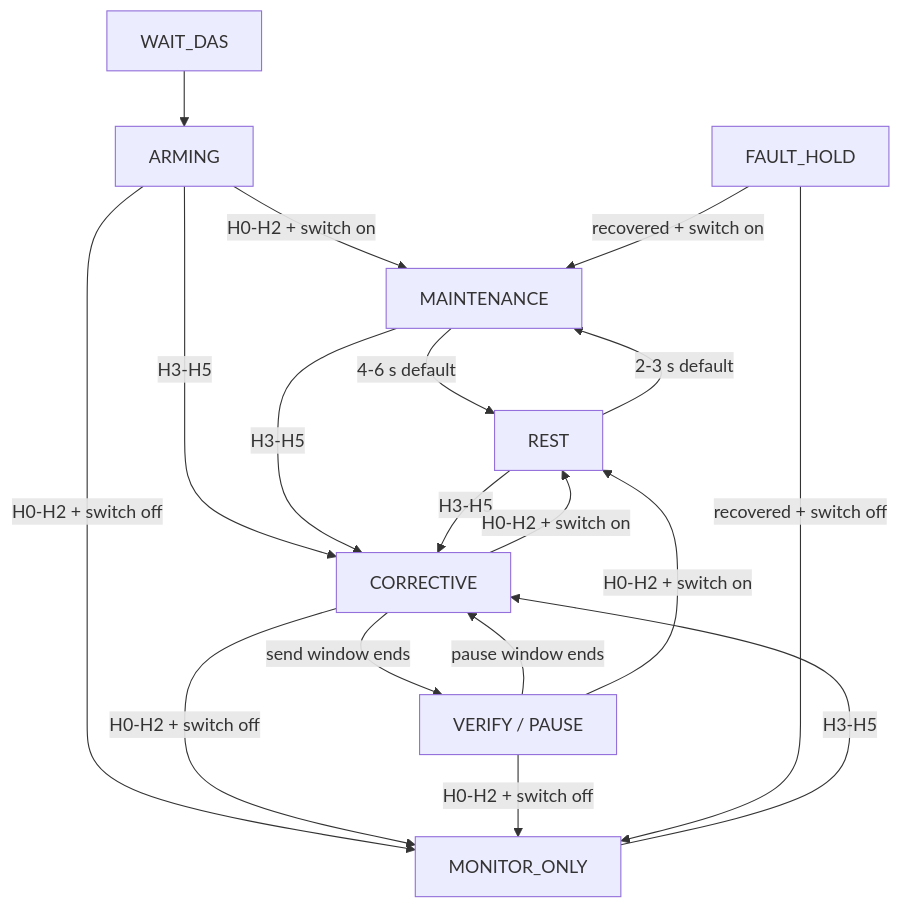
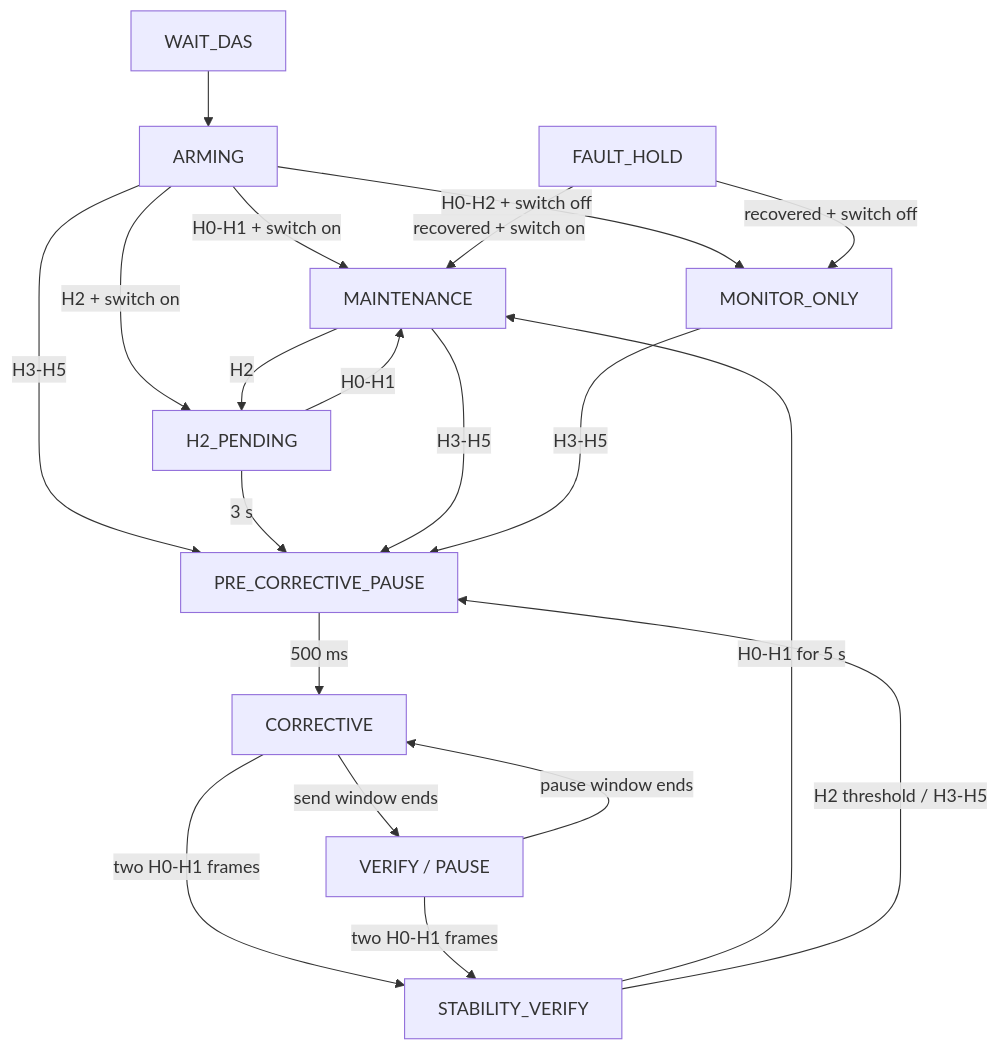
One commit to 204442021/WiFi-NAG changed the diagram in docs/nag-adaptive-closed-loop.md. Above: the diagram before and after it, drawn with Mermaid. The commit also changed other lines of this file and 20 other files, not shown here.

````diff
--- a/docs/nag-adaptive-closed-loop.md
+++ b/docs/nag-adaptive-closed-loop.md
@@ -34,20 +34,22 @@
 ```mermaid
 flowchart TB
     W[WAIT_DAS] --> A[ARMING]
-    A -->|H0-H2 + switch on| M[MAINTENANCE]
+    A -->|H0-H1 + switch on| M[MAINTENANCE]
+    A -->|H2 + switch on| H[H2_PENDING]
     A -->|H0-H2 + switch off| O[MONITOR_ONLY]
-    A -->|H3-H5| C[CORRECTIVE]
-    M -->|4-6 s default| R[REST]
-    R -->|2-3 s default| M
-    M -->|H3-H5| C
-    R -->|H3-H5| C
-    O -->|H3-H5| C
+    A -->|H3-H5| Q[PRE_CORRECTIVE_PAUSE]
+    M -->|H2| H
+    H -->|H0-H1| M
+    H -->|3 s| Q
+    M -->|H3-H5| Q
+    O -->|H3-H5| Q
+    Q -->|500 ms| C[CORRECTIVE]
     C -->|send window ends| P[VERIFY / PAUSE]
     P -->|pause window ends| C
-    C -->|H0-H2 + switch on| R
-    P -->|H0-H2 + switch on| R
-    C -->|H0-H2 + switch off| O
-    P -->|H0-H2 + switch off| O
+    C -->|two H0-H1 frames| S[STABILITY_VERIFY]
+    P -->|two H0-H1 frames| S
+    S -->|H0-H1 for 5 s| M
+    S -->|H2 threshold / H3-H5| Q
     F[FAULT_HOLD] -->|recovered + switch on| M
     F -->|recovered + switch off| O
 ```
````
